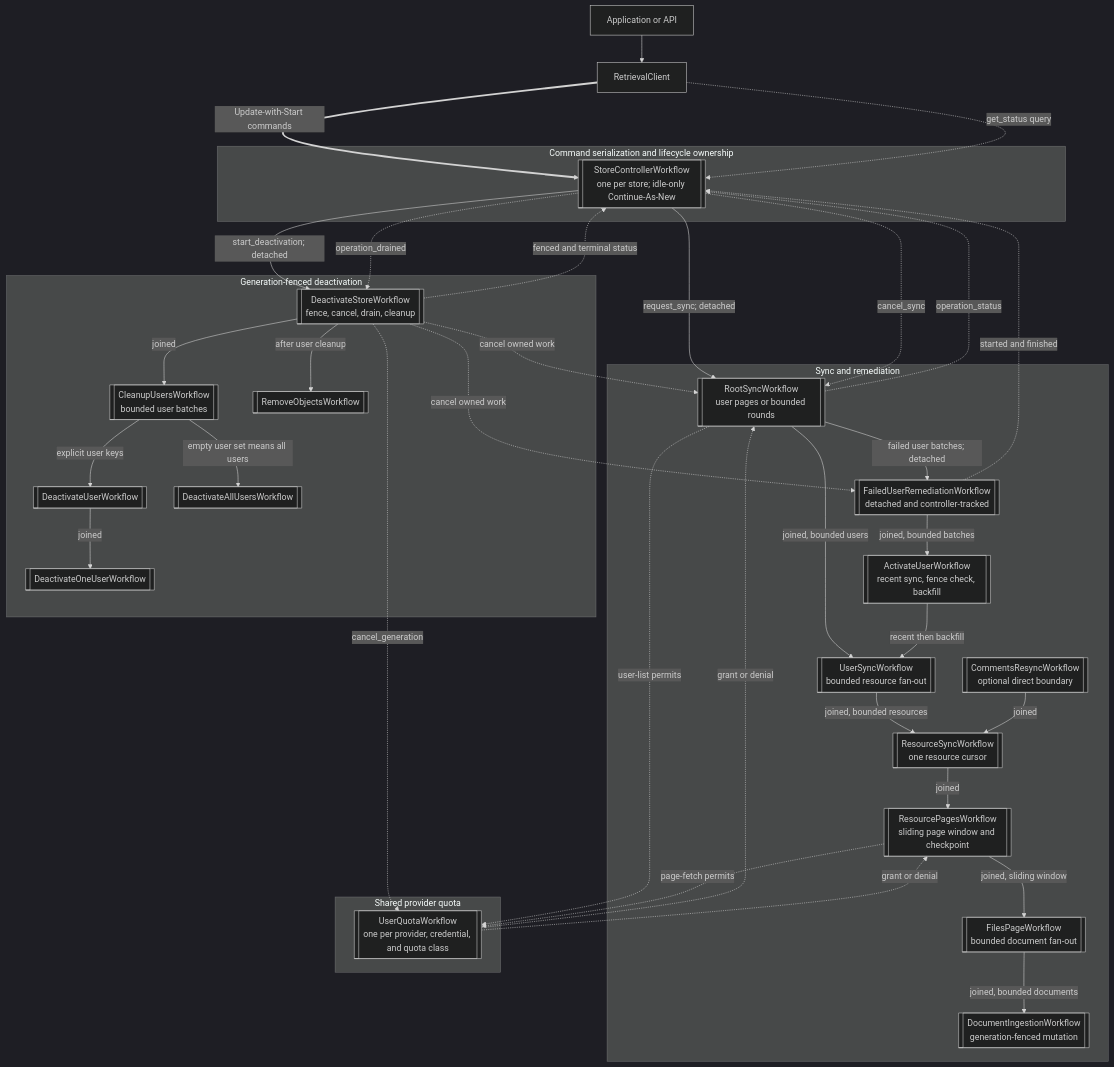
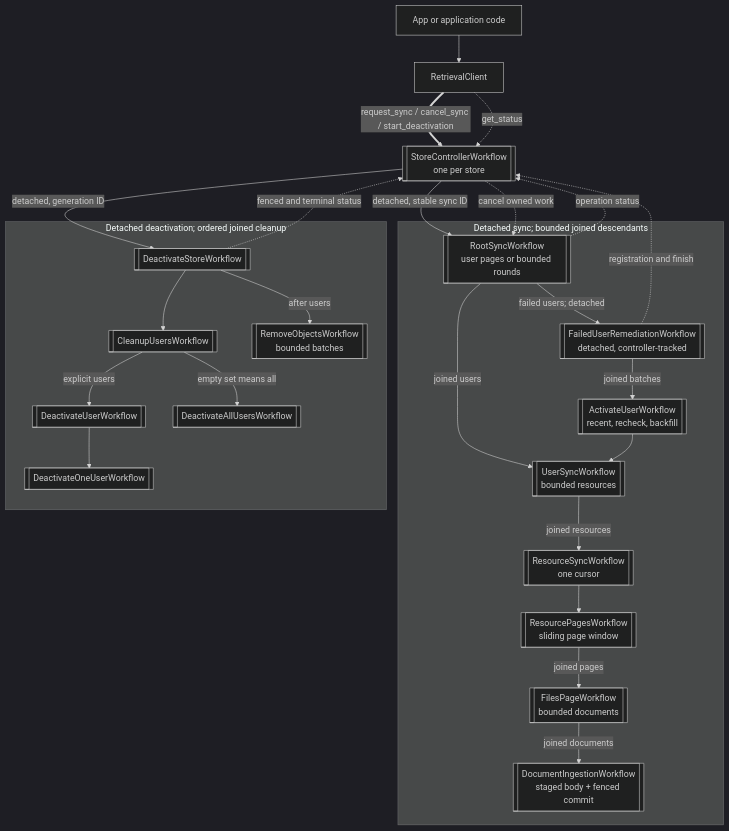
One commit to temporal-sa/golden-retriever changed the second of 6 diagrams in docs/workflow-topology.md. Above: the diagram before and after it, drawn with Mermaid (dark theme). The commit also changed other lines of this file and 106 other files, not shown here.

````diff
--- a/docs/workflow-topology.md
+++ b/docs/workflow-topology.md
@@ -36,71 +71,47 @@
 ```mermaid
 flowchart TB
-    app["Application or API"]
-    client["RetrievalClient"]
+    caller["App or application code"] --> client["RetrievalClient"]
+    client ==>|"request_sync / cancel_sync / start_deactivation"| controller[["StoreControllerWorkflow<br/>one per store"]]
+    client -.->|"get_status"| controller
 
-    subgraph control["Command serialization and lifecycle ownership"]
-        controller[["StoreControllerWorkflow<br/>one per store; idle-only Continue-As-New"]]
+    subgraph syncTree["Detached sync; bounded joined descendants"]
+        root[["RootSyncWorkflow<br/>user pages or bounded rounds"]]
+        user[["UserSyncWorkflow<br/>bounded resources"]]
+        resource[["ResourceSyncWorkflow<br/>one cursor"]]
+        pages[["ResourcePagesWorkflow<br/>sliding page window"]]
+        files[["FilesPageWorkflow<br/>bounded documents"]]
+        ingest[["DocumentIngestionWorkflow<br/>staged body + fenced commit"]]
+        remediation[["FailedUserRemediationWorkflow<br/>detached, controller-tracked"]]
+        activate[["ActivateUserWorkflow<br/>recent, recheck, backfill"]]
+
+        root -->|"joined users"| user
+        user -->|"joined resources"| resource
+        resource --> pages
+        pages -->|"joined pages"| files
+        files -->|"joined documents"| ingest
+        root -->|"failed users; detached"| remediation
+        remediation -->|"joined batches"| activate
+        activate --> user
     end
 
-    subgraph sync["Sync and remediation"]
-        root[["RootSyncWorkflow<br/>user pages or bounded rounds"]]
-        user[["UserSyncWorkflow<br/>bounded resource fan-out"]]
-        resource[["ResourceSyncWorkflow<br/>one resource cursor"]]
-        pages[["ResourcePagesWorkflow<br/>sliding page window and checkpoint"]]
-        files[["FilesPageWorkflow<br/>bounded document fan-out"]]
-        document[["DocumentIngestionWorkflow<br/>generation-fenced mutation"]]
-        remediation[["FailedUserRemediationWorkflow<br/>detached and controller-tracked"]]
-        activate[["ActivateUserWorkflow<br/>recent sync, fence check, backfill"]]
-        comments[["CommentsResyncWorkflow<br/>optional direct boundary"]]
+    subgraph deactivationTree["Detached deactivation; ordered joined cleanup"]
+        deactivation[["DeactivateStoreWorkflow"]]
+        cleanUsers[["CleanupUsersWorkflow"]]
+        userRoute[["DeactivateUserWorkflow"]]
+        oneUser[["DeactivateOneUserWorkflow"]]
+        allUsers[["DeactivateAllUsersWorkflow"]]
+        objects[["RemoveObjectsWorkflow<br/>bounded batches"]]
 
-        root -->|"joined, bounded users"| user
-        user -->|"joined, bounded resources"| resource
-        resource -->|"joined"| pages
-        pages -->|"joined, sliding window"| files
-        files -->|"joined, bounded documents"| document
-        root -->|"failed user batches; detached"| remediation
-        remediation -->|"joined, bounded batches"| activate
-        activate -->|"recent then backfill"| user
-        comments -->|"joined"| resource
+        deactivation --> cleanUsers
+        cleanUsers -->|"explicit users"| userRoute --> oneUser
+        cleanUsers -->|"empty set means all"| allUsers
+        deactivation -->|"after users"| objects
     end
 
-    subgraph quota["Shared provider quota"]
-        userQuota[["UserQuotaWorkflow<br/>one per provider, credential, and quota class"]]
-    end
-
-    subgraph deactivate["Generation-fenced deactivation"]
-        deactivateStore[["DeactivateStoreWorkflow<br/>fence, cancel, drain, cleanup"]]
-        cleanupUsers[["CleanupUsersWorkflow<br/>bounded user batches"]]
-        deactivateUser[["DeactivateUserWorkflow"]]
-        deactivateOne[["DeactivateOneUserWorkflow"]]
-        deactivateAll[["DeactivateAllUsersWorkflow"]]
-        removeObjects[["RemoveObjectsWorkflow"]]
-
-        deactivateStore -->|"joined"| cleanupUsers
-        cleanupUsers -->|"explicit user keys"| deactivateUser
-        deactivateUser -->|"joined"| deactivateOne
-        cleanupUsers -->|"empty user set means all users"| deactivateAll
-        deactivateStore -->|"after user cleanup"| removeObjects
-    end
-
-    app --> client
-    client ==>|"Update-with-Start commands"| controller
-    client -.->|"get_status query"| controller
-    controller -->|"request_sync; detached"| root
-    controller -->|"start_deactivation; detached"| deactivateStore
-    controller -.->|"cancel_sync"| root
-
-    root -.->|"operation_status"| controller
-    remediation -.->|"started and finished"| controller
-    deactivateStore -.->|"fenced and terminal status"| controller
-
-    root -.->|"user-list permits"| userQuota
-    pages -.->|"page-fetch permits"| userQuota
-    userQuota -.->|"grant or denial"| root
-    userQuota -.->|"grant or denial"| pages
-
-    deactivateStore -.->|"cancel owned work"| root
-    deactivateStore -.->|"cancel owned work"| remediation
-    deactivateStore -.->|"cancel_generation"| userQuota
-    controller -.->|"operation_drained"| deactivateStore
+    controller -->|"detached, stable sync ID"| root
+    controller -->|"detached, generation ID"| deactivation
+    controller -.->|"cancel owned work"| root
+    root -.->|"operation status"| controller
+    remediation -.->|"registration and finish"| controller
+    deactivation -.->|"fenced and terminal status"| controller
 ```
````
